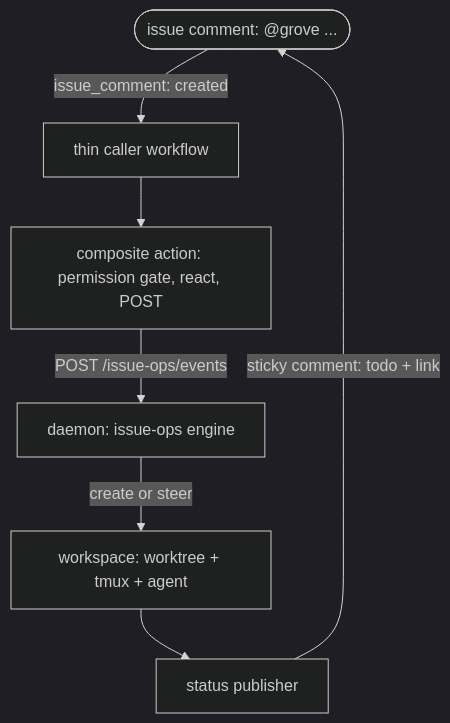
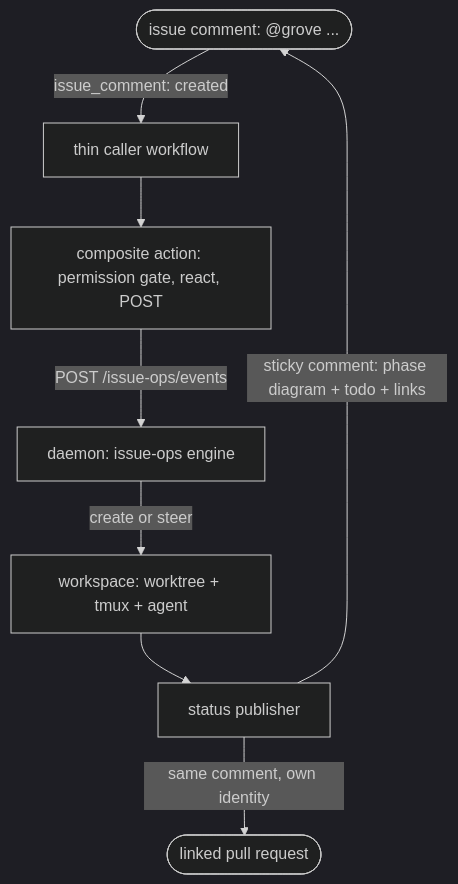
One commit to bearlike/Grove changed the second of 2 diagrams in docs/issue-ops.md. Above: the diagram before and after it, drawn with Mermaid (dark theme). The commit also changed other lines of this file and 485 other files, not shown here.

````diff
--- a/docs/issue-ops.md
+++ b/docs/issue-ops.md
@@ -28,9 +73,10 @@
 ```mermaid
 flowchart TD
     Comment(["issue comment: @grove ..."]) -->|issue_comment: created| Caller[thin caller workflow]
     Caller --> Action["composite action: permission gate, react, POST"]
     Action -->|POST /issue-ops/events| Engine[daemon: issue-ops engine]
     Engine -->|create or steer| Workspace[workspace: worktree + tmux + agent]
     Workspace --> Publisher[status publisher]
-    Publisher -->|sticky comment: todo + link| Comment
+    Publisher -->|sticky comment: phase diagram + todo + links| Comment
+    Publisher -->|same comment, own identity| PR(["linked pull request"])
 ```
````
